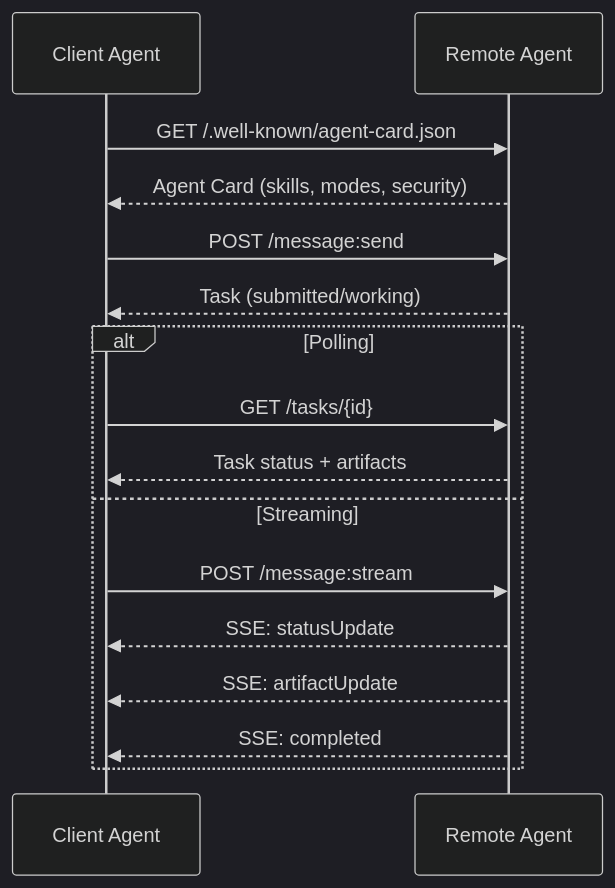
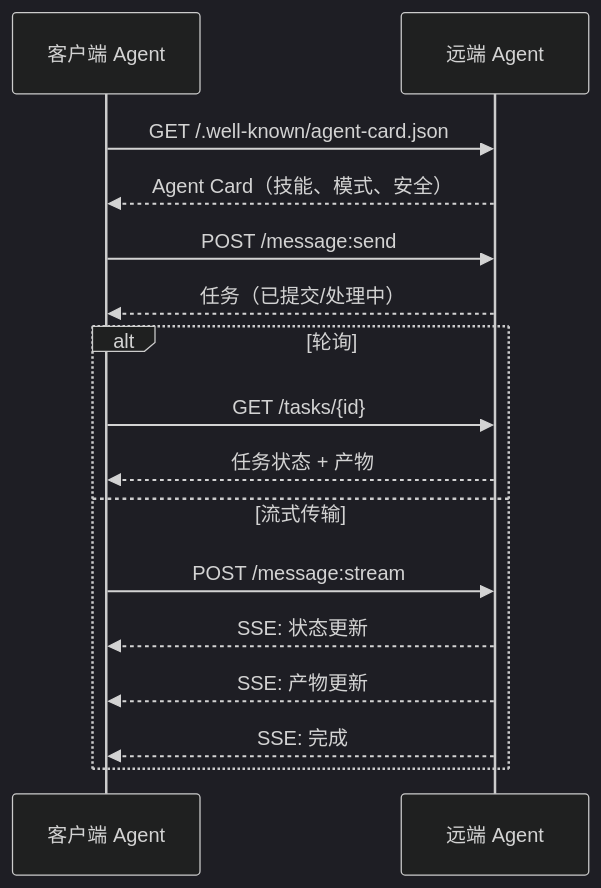
Before and after one commit to alessandrodinisio-ai/ai-engineering-learning-framework: the third of 13 diagrams in phases/16-multi-agent-and-swarms/03-communication-protocols/docs/zh.md, drawn with Mermaid (dark theme). The commit also changed other lines of this file and 120 other files, not shown here.

First line of the commit message:
i18n(mermaid): 337 个 mermaid 图表标签中文化

````diff
--- a/phases/16-multi-agent-and-swarms/03-communication-protocols/docs/zh.md
+++ b/phases/16-multi-agent-and-swarms/03-communication-protocols/docs/zh.md
@@ -87,21 +87,21 @@
 ```mermaid
 sequenceDiagram
-    participant Client as Client Agent
-    participant Remote as Remote Agent
+    participant Client as 客户端 Agent
+    participant Remote as 远端 Agent
 
     Client->>Remote: GET /.well-known/agent-card.json
-    Remote-->>Client: Agent Card (skills, modes, security)
+    Remote-->>Client: Agent Card（技能、模式、安全）
 
     Client->>Remote: POST /message:send
-    Remote-->>Client: Task (submitted/working)
+    Remote-->>Client: 任务（已提交/处理中）
 
-    alt Polling
+    alt 轮询
         Client->>Remote: GET /tasks/{id}
-        Remote-->>Client: Task status + artifacts
-    else Streaming
+        Remote-->>Client: 任务状态 + 产物
+    else 流式传输
         Client->>Remote: POST /message:stream
-        Remote-->>Client: SSE: statusUpdate
-        Remote-->>Client: SSE: artifactUpdate
-        Remote-->>Client: SSE: completed
+        Remote-->>Client: SSE: 状态更新
+        Remote-->>Client: SSE: 产物更新
+        Remote-->>Client: SSE: 完成
     end
 ```
````
